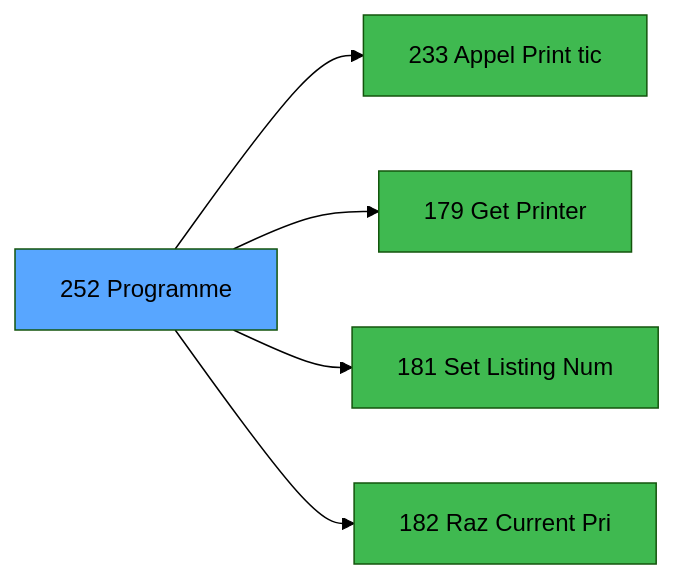
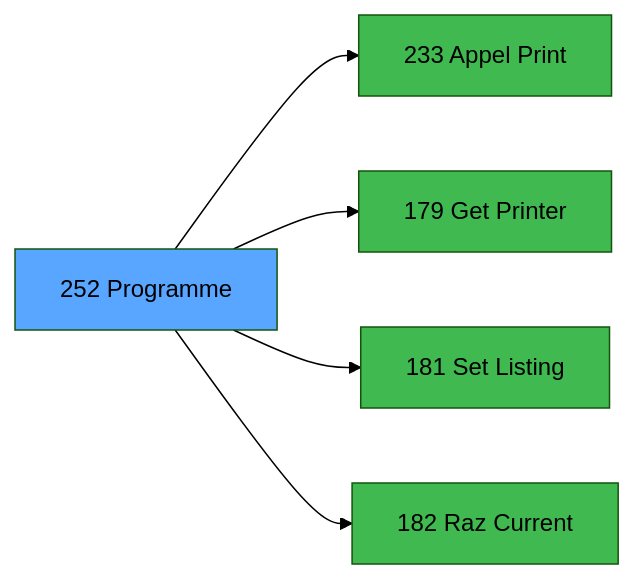
Before and after one commit to thonyAGP/magic-migration: the third of 3 diagrams in .openspec/specs/ADH-IDE-252.md, drawn with Mermaid (forest theme). The commit also changed other lines of this file and 323 other files, not shown here.

````diff
--- a/.openspec/specs/ADH-IDE-252.md
+++ b/.openspec/specs/ADH-IDE-252.md
@@ -130,17 +168,17 @@
 ```mermaid
 graph LR
     T[252 Programme]
-    C233[233 Appel Print tic]
+    C233[233 Appel Print ]
     T --> C233
     C179[179 Get Printer]
     T --> C179
-    C181[181 Set Listing Num]
+    C181[181 Set Listing ]
     T --> C181
-    C182[182 Raz Current Pri]
+    C182[182 Raz Current ]
     T --> C182
     style T fill:#58a6ff,color:#000
     style C233 fill:#3fb950
     style C179 fill:#3fb950
     style C181 fill:#3fb950
     style C182 fill:#3fb950
 ```
````
